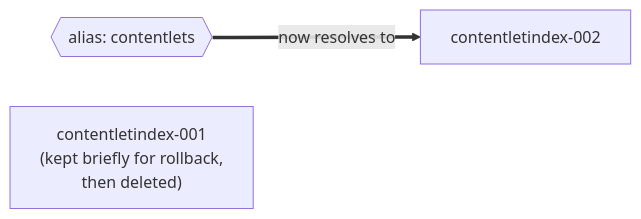
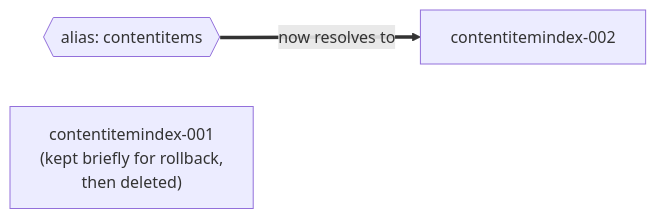
The second of 6 diagrams in docs/index-rebuild-design.md (PaulDMooney/Contented_Java), drawn with Mermaid before and after one commit. The commit also changed other lines of this file and 108 other files, not shown here.

````diff
--- a/docs/index-rebuild-design.md
+++ b/docs/index-rebuild-design.md
@@ -64,5 +64,5 @@
 ```mermaid
 flowchart LR
-    ALIAS{{"alias: contentlets"}} ==>|"now resolves to"| NEW["contentletindex-002"]
-    OLD["contentletindex-001<br/>(kept briefly for rollback,<br/>then deleted)"]
+    ALIAS{{"alias: contentitems"}} ==>|"now resolves to"| NEW["contentitemindex-002"]
+    OLD["contentitemindex-001<br/>(kept briefly for rollback,<br/>then deleted)"]
 ```
````
